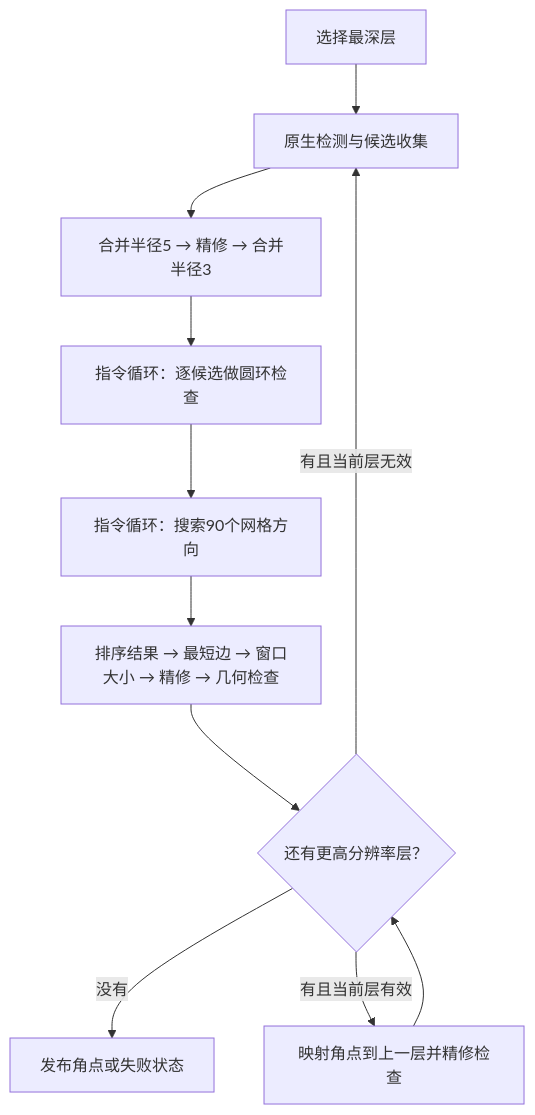
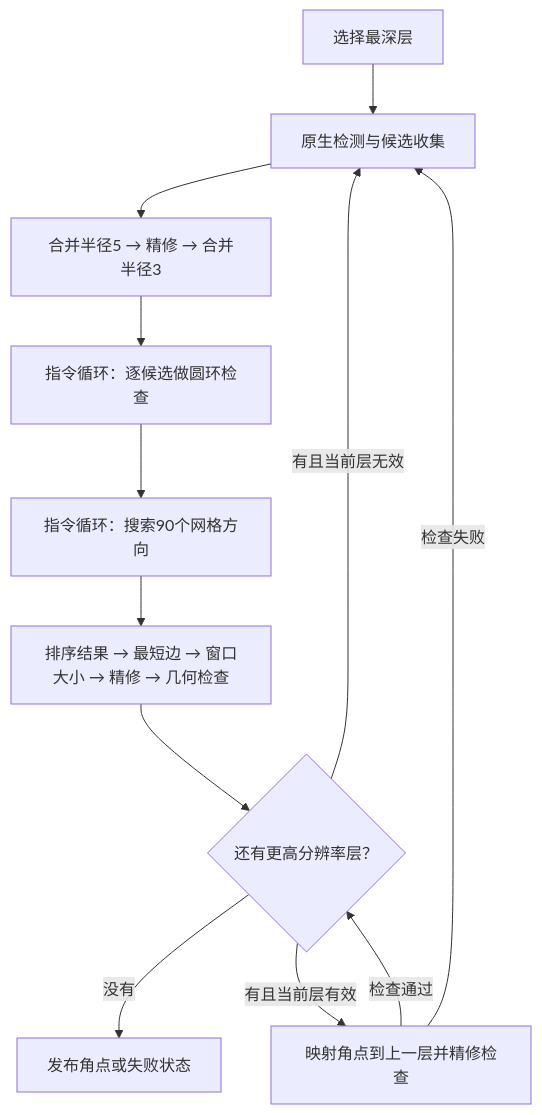
One commit to lch24/fpga_competition changed the diagram in docs/DETECTION_ENGINE.md. Above: the diagram before and after it, drawn with Mermaid. The commit also changed other lines of this file and 141 other files, not shown here.

````diff
--- a/docs/DETECTION_ENGINE.md
+++ b/docs/DETECTION_ENGINE.md
@@ -16,13 +16,14 @@
 ```mermaid
 flowchart TD
     A[选择最深层] --> B[原生检测与候选收集]
     B --> C[合并半径5 → 精修 → 合并半径3]
     C --> D[指令循环：逐候选做圆环检查]
     D --> E[指令循环：搜索90个网格方向]
     E --> F[排序结果 → 最短边 → 窗口大小 → 精修 → 几何检查]
     F --> H{还有更高分辨率层？}
     H -->|没有| I[发布角点或失败状态]
     H -->|有且当前层有效| J[映射角点到上一层并精修检查]
-    J --> H
+    J -->|检查通过| H
+    J -->|检查失败| B
     H -->|有且当前层无效| B
 ```
````
